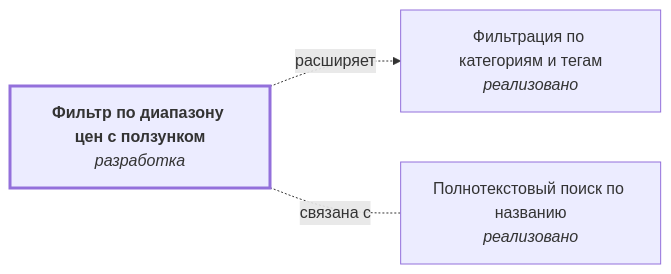
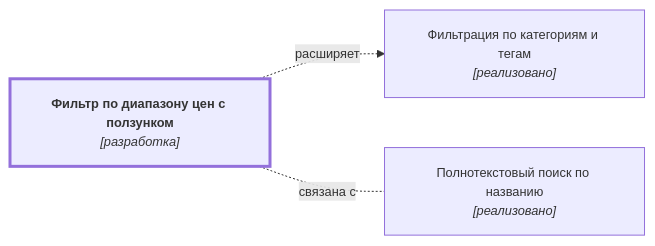
One commit to DmitryKhilko/example-app-requirements changed the diagram in docs/specifications/catalog/filter-price-slider.md. Above: the diagram before and after it, drawn with Mermaid. The commit also changed other lines of this file and 21 other files, not shown here.

````diff
--- a/docs/specifications/catalog/filter-price-slider.md
+++ b/docs/specifications/catalog/filter-price-slider.md
@@ -29,15 +29,16 @@
 ```mermaid
+%%{init: {"themeVariables": {"fontSize": "12.8px"}}}%%
 flowchart LR
-    n0["<b>Фильтр по диапазону цен с ползунком</b><br/><i>разработка</i>"]
-    n1["Фильтрация по категориям и тегам<br/><i>реализовано</i>"]
-    n2["Полнотекстовый поиск по названию<br/><i>реализовано</i>"]
+    n0["<b>Фильтр по диапазону цен с ползунком</b><br/><i>[разработка]</i>"]
+    n1["Фильтрация по категориям и тегам<br/><i>[реализовано]</i>"]
+    n2["Полнотекстовый поиск по названию<br/><i>[реализовано]</i>"]
     n0 -.->|"расширяет"| n1
     n0 -.-|"связана с"| n2
 
     classDef current stroke-width:3px
     classDef archived stroke-dasharray:5 4
     class n0 current
 
     click n1 "../filter-categories/"
     click n2 "../search-text/"
 ```
````
